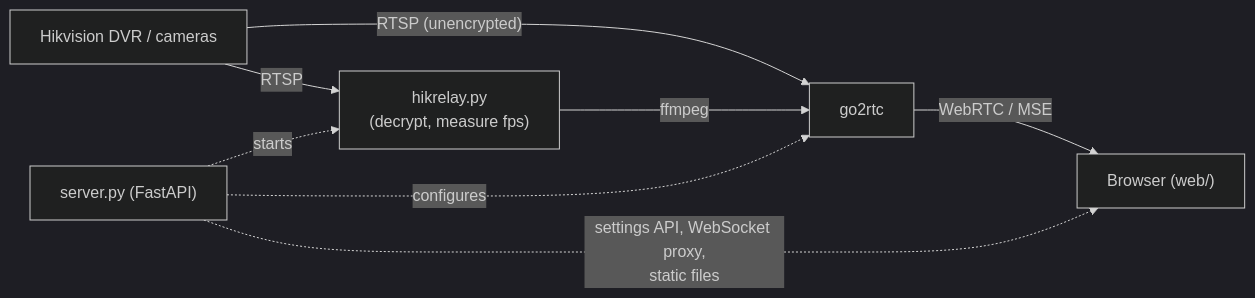
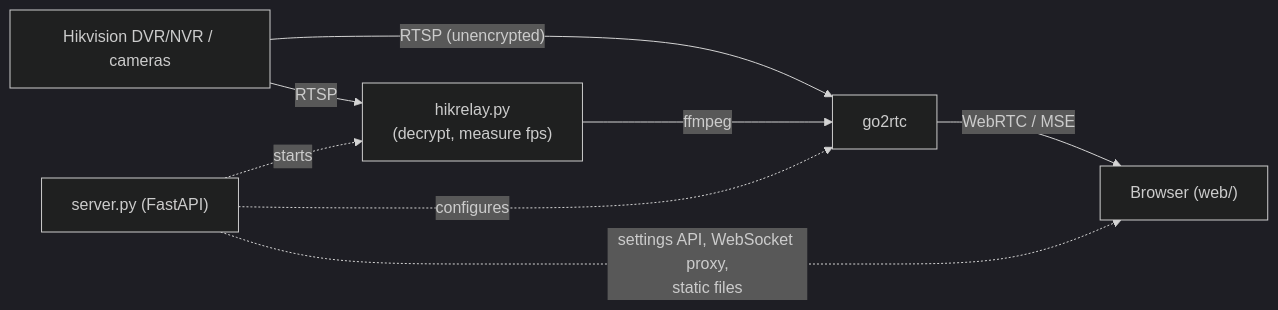
Before and after one commit to dsameendra/sentinel-eye: the diagram in README.md, drawn with Mermaid (dark theme). The commit also changed other lines of this file, not shown here.

First line of the commit message:
README: say DVR/NVR consistently, not just DVR

````diff
--- a/README.md
+++ b/README.md
@@ -124,10 +124,10 @@
 ```mermaid
 flowchart LR
-    DVR["Hikvision DVR / cameras"] -- "RTSP" --> Relay["hikrelay.py<br/>(decrypt, measure fps)"]
+    DVR["Hikvision DVR/NVR / cameras"] -- "RTSP" --> Relay["hikrelay.py<br/>(decrypt, measure fps)"]
     DVR -- "RTSP (unencrypted)" --> Go2rtc
     Relay -- "ffmpeg" --> Go2rtc["go2rtc"]
     Go2rtc -- "WebRTC / MSE" --> Browser["Browser (web/)"]
     Server["server.py (FastAPI)"] -. "settings API, WebSocket proxy,<br/>static files" .-> Browser
     Server -. "configures" .-> Go2rtc
     Server -. "starts" .-> Relay
 ```
````
